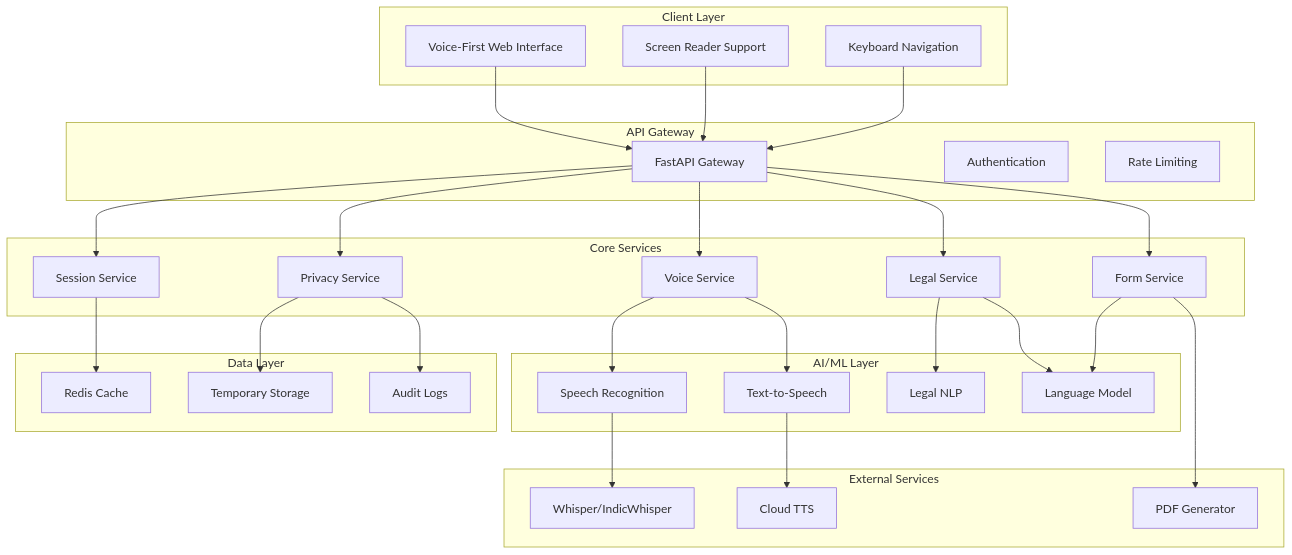
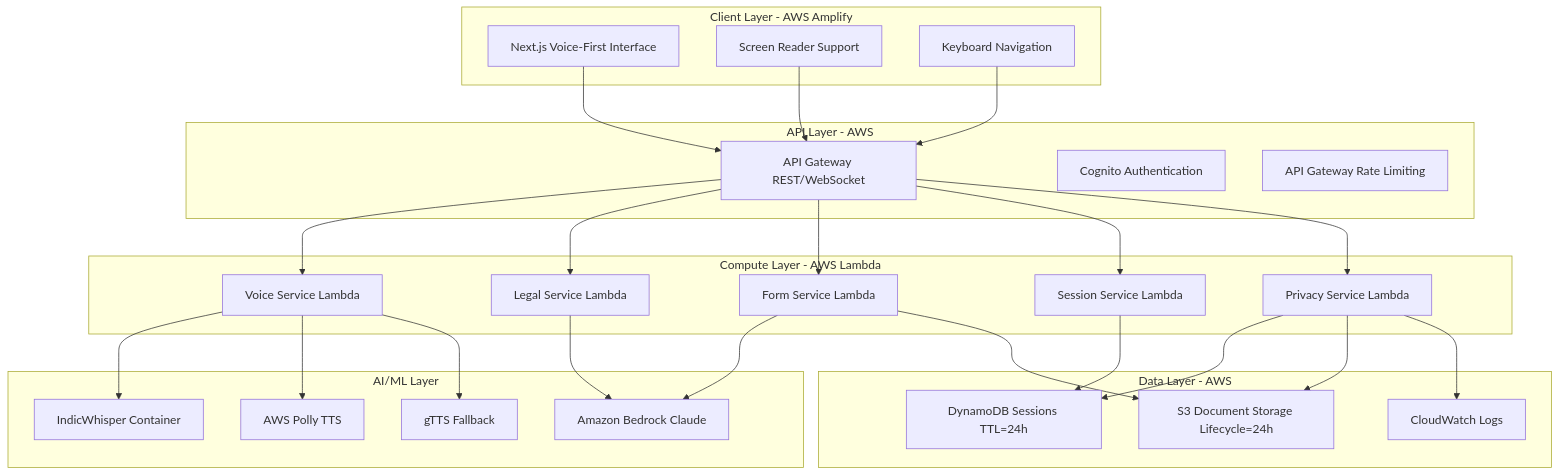
The first of 3 diagrams in .kiro/specs/rti-voice-assistant/design.md (rupesh-kaneki88/rti-voice-assistant), drawn with Mermaid before and after one commit. The commit also changed other lines of this file and 27 other files, not shown here.

````diff
--- a/.kiro/specs/rti-voice-assistant/design.md
+++ b/.kiro/specs/rti-voice-assistant/design.md
@@ -13,66 +13,57 @@
 ```mermaid
 graph TB
-    subgraph "Client Layer"
-        UI[Voice-First Web Interface]
+    subgraph "Client Layer - AWS Amplify"
+        UI[Next.js Voice-First Interface]
         SR[Screen Reader Support]
         KB[Keyboard Navigation]
     end
     
-    subgraph "API Gateway"
-        GW[FastAPI Gateway]
-        AUTH[Authentication]
-        RATE[Rate Limiting]
+    subgraph "API Layer - AWS"
+        APIGW[API Gateway REST/WebSocket]
+        AUTH[Cognito Authentication]
+        RATE[API Gateway Rate Limiting]
     end
     
-    subgraph "Core Services"
-        VS[Voice Service]
-        LS[Legal Service]
-        FS[Form Service]
-        SS[Session Service]
-        PS[Privacy Service]
+    subgraph "Compute Layer - AWS Lambda"
+        VS[Voice Service Lambda]
+        LS[Legal Service Lambda]
+        FS[Form Service Lambda]
+        SS[Session Service Lambda]
+        PS[Privacy Service Lambda]
     end
     
     subgraph "AI/ML Layer"
-        ASR[Speech Recognition]
-        TTS[Text-to-Speech]
-        NLP[Legal NLP]
-        LLM[Language Model]
+        INDIC[IndicWhisper Container]
+        POLLY[AWS Polly TTS]
+        GTTS[gTTS Fallback]
+        BEDROCK[Amazon Bedrock Claude]
     end
     
-    subgraph "Data Layer"
-        CACHE[Redis Cache]
-        TEMP[Temporary Storage]
-        LOGS[Audit Logs]
+    subgraph "Data Layer - AWS"
+        DDB[DynamoDB Sessions TTL=24h]
+        S3[S3 Document Storage Lifecycle=24h]
+        CW[CloudWatch Logs]
     end
     
-    subgraph "External Services"
-        WHISPER[Whisper/IndicWhisper]
-        CLOUD[Cloud TTS]
-        PDF[PDF Generator]
-    end
+    UI --> APIGW
+    SR --> APIGW
+    KB --> APIGW
     
-    UI --> GW
-    SR --> GW
-    KB --> GW
+    APIGW --> VS
+    APIGW --> LS
+    APIGW --> FS
+    APIGW --> SS
+    APIGW --> PS
     
-    GW --> VS
-    GW --> LS
-    GW --> FS
-    GW --> SS
-    GW --> PS
+    VS --> INDIC
+    VS --> POLLY
+    VS --> GTTS
+    LS --> BEDROCK
+    FS --> BEDROCK
+    FS --> S3
     
-    VS --> ASR
-    VS --> TTS
-    LS --> NLP
-    LS --> LLM
-    FS --> LLM
-    
-    ASR --> WHISPER
-    TTS --> CLOUD
-    
-    SS --> CACHE
-    PS --> TEMP
-    PS --> LOGS
-    
-    FS --> PDF
+    SS --> DDB
+    PS --> DDB
+    PS --> S3
+    PS --> CW
 ```
````
